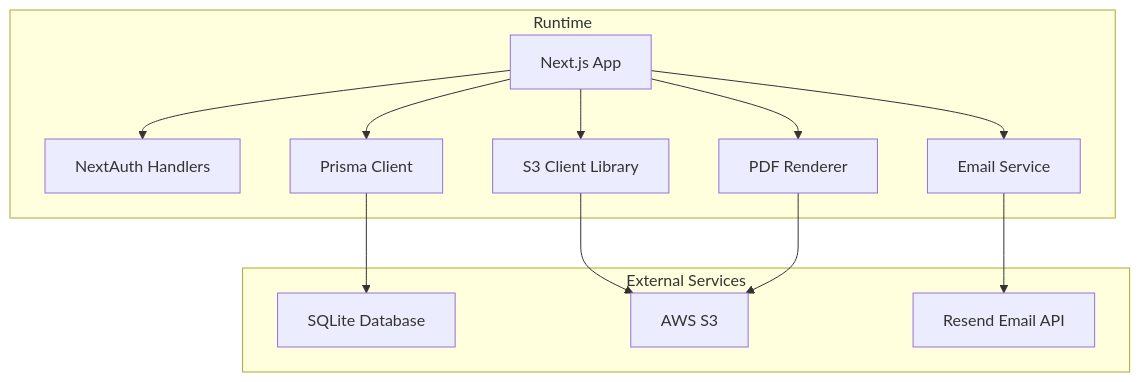
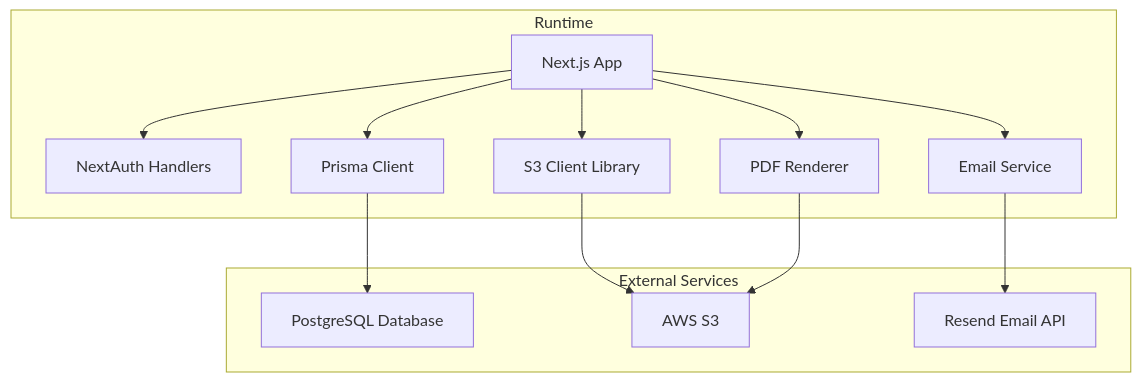
Before and after one commit to Crowdspender/titchybooks-app: the first of 8 diagrams in .qoder/repowiki/en/content/Configuration & Environment/Environment Variables & Secrets.md, drawn with Mermaid. The commit also changed other lines of this file and 23 other files, not shown here.

````diff
--- a/.qoder/repowiki/en/content/Configuration & Environment/Environment Variables & Secrets.md
+++ b/.qoder/repowiki/en/content/Configuration & Environment/Environment Variables & Secrets.md
@@ -54,25 +54,25 @@
 ```mermaid
 graph TB
 subgraph "Runtime"
 APP["Next.js App"]
 AUTH["NextAuth Handlers"]
 PRISMA["Prisma Client"]
 S3LIB["S3 Client Library"]
 EMAIL["Email Service"]
 PDF["PDF Renderer"]
 end
 subgraph "External Services"
-DB["SQLite Database"]
+DB["PostgreSQL Database"]
 S3["AWS S3"]
 RESEND["Resend Email API"]
 end
 APP --> AUTH
 APP --> PRISMA
 APP --> S3LIB
 APP --> EMAIL
 APP --> PDF
 PRISMA --> DB
 S3LIB --> S3
 EMAIL --> RESEND
 PDF --> S3
 ```
````
